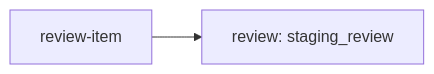
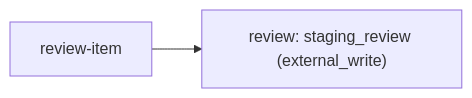
Diagram 22 of 30 in reports/2026-11-20-workflow-map/WORKFLOW-MAP.md (Jake36999/Librarian_V2), drawn with Mermaid before and after one commit. The commit also changed other lines of this file and 6 other files, not shown here.

````diff
--- a/reports/2026-11-20-workflow-map/WORKFLOW-MAP.md
+++ b/reports/2026-11-20-workflow-map/WORKFLOW-MAP.md
@@ -300,6 +300,6 @@
 ```mermaid
 flowchart LR
   s["review-item"]
-  n0["review: staging_review"]
+  n0["review: staging_review (external_write)"]
   s --> n0
 ```
````
